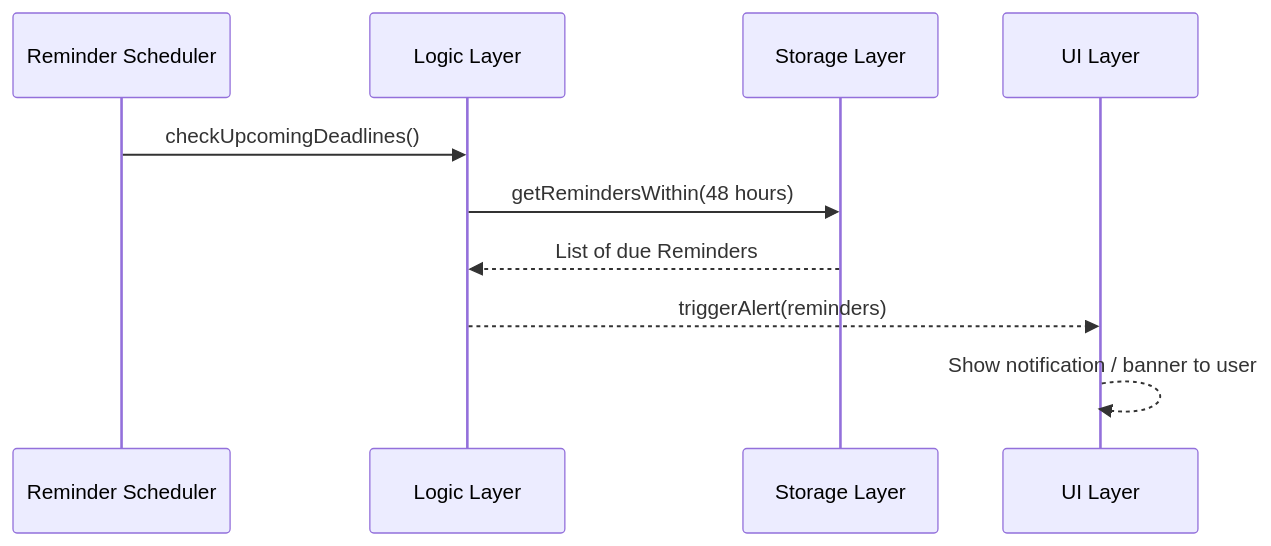
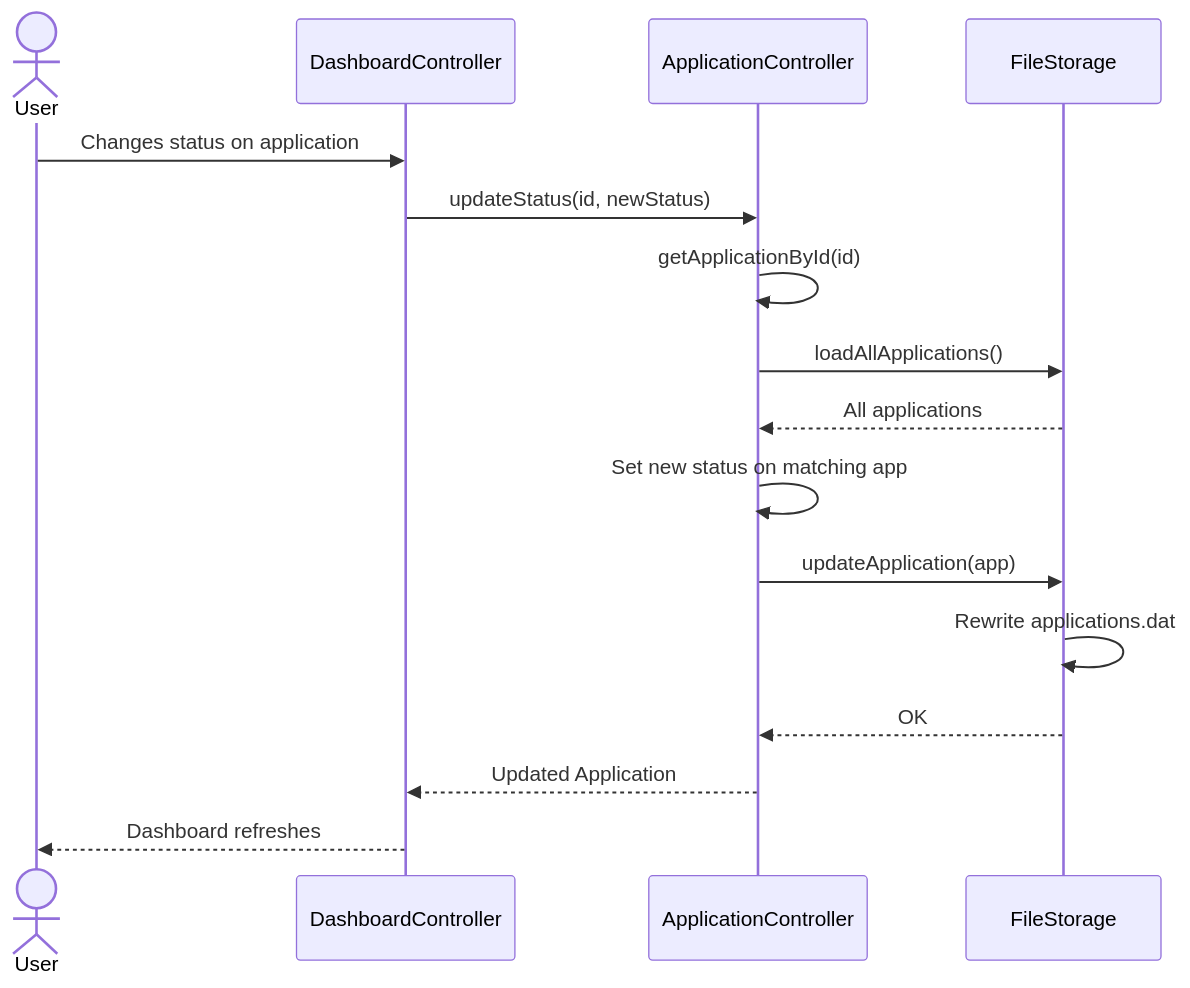
The sixth of 7 diagrams in docs/API_DOCUMENTATION.md (ashjwley03/JobApps-Tracker), drawn with Mermaid before and after one commit. The commit also changed other lines of this file and 19 other files, not shown here.

````diff
--- a/docs/API_DOCUMENTATION.md
+++ b/docs/API_DOCUMENTATION.md
@@ -174,13 +174,19 @@
 ```mermaid
 sequenceDiagram
-    participant Scheduler as Reminder Scheduler
-    participant Logic as Logic Layer
-    participant Storage as Storage Layer
-    participant UI as UI Layer
+    actor User
+    participant UI as DashboardController
+    participant Logic as ApplicationController
+    participant Storage as FileStorage
 
-    Scheduler->>Logic: checkUpcomingDeadlines()
-    Logic->>Storage: getRemindersWithin(48 hours)
-    Storage-->>Logic: List of due Reminders
-    Logic-->>UI: triggerAlert(reminders)
-    UI-->>UI: Show notification / banner to user
+    User->>UI: Changes status on application
+    UI->>Logic: updateStatus(id, newStatus)
+    Logic->>Logic: getApplicationById(id)
+    Logic->>Storage: loadAllApplications()
+    Storage-->>Logic: All applications
+    Logic->>Logic: Set new status on matching app
+    Logic->>Storage: updateApplication(app)
+    Storage->>Storage: Rewrite applications.dat
+    Storage-->>Logic: OK
+    Logic-->>UI: Updated Application
+    UI-->>User: Dashboard refreshes
 ```
````
